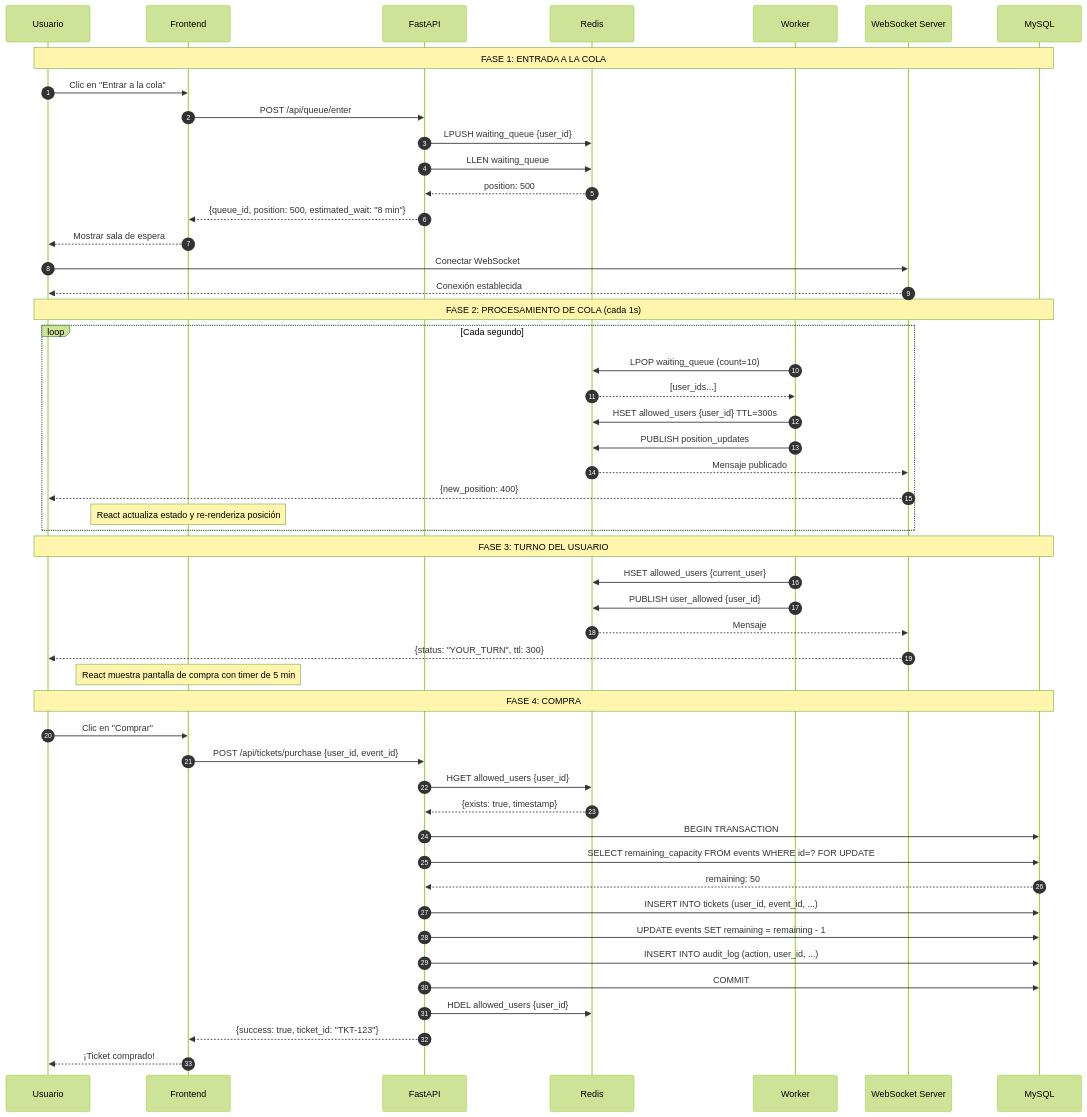
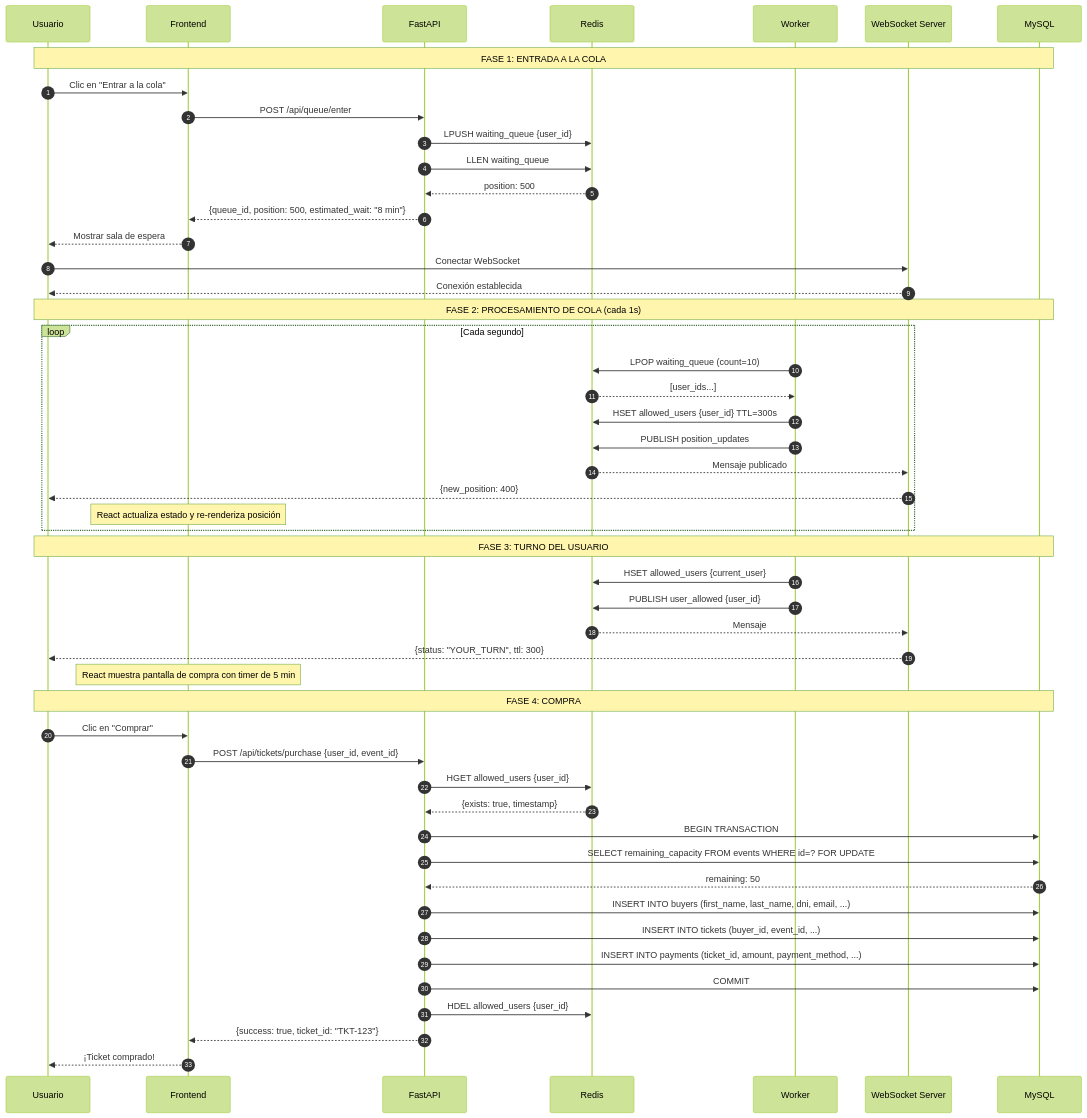
Before and after one commit to paumf23/TicketStream_Fila-Virtual: the first of 4 diagrams in docs/diagrams/sequence-queue-flow.md, drawn with Mermaid (forest theme). The commit also changed other lines of this file and 53 other files, not shown here.

````diff
--- a/docs/diagrams/sequence-queue-flow.md
+++ b/docs/diagrams/sequence-queue-flow.md
@@ -10,60 +10,61 @@
 ```mermaid
 sequenceDiagram
     autonumber
     participant U as Usuario
     participant F as Frontend
     participant API as FastAPI
     participant R as Redis
     participant W as Worker
     participant WS as WebSocket Server
     participant DB as MySQL
 
     Note over U,DB: FASE 1: ENTRADA A LA COLA
     
     U->>F: Clic en "Entrar a la cola"
     F->>API: POST /api/queue/enter
     API->>R: LPUSH waiting_queue {user_id}
     API->>R: LLEN waiting_queue
     R-->>API: position: 500
     API-->>F: {queue_id, position: 500, estimated_wait: "8 min"}
     F-->>U: Mostrar sala de espera
     U->>WS: Conectar WebSocket
     WS-->>U: Conexión establecida
 
     Note over U,DB: FASE 2: PROCESAMIENTO DE COLA (cada 1s)
     
     loop Cada segundo
         W->>R: LPOP waiting_queue (count=10)
         R-->>W: [user_ids...]
         W->>R: HSET allowed_users {user_id} TTL=300s
         W->>R: PUBLISH position_updates
         R-->>WS: Mensaje publicado
         WS-->>U: {new_position: 400}
         Note over F: React actualiza estado y re-renderiza posición
     end
 
     Note over U,DB: FASE 3: TURNO DEL USUARIO
     
     W->>R: HSET allowed_users {current_user}
     W->>R: PUBLISH user_allowed {user_id}
     R-->>WS: Mensaje
     WS-->>U: {status: "YOUR_TURN", ttl: 300}
     Note over F: React muestra pantalla de compra con timer de 5 min
 
     Note over U,DB: FASE 4: COMPRA
     
     U->>F: Clic en "Comprar"
     F->>API: POST /api/tickets/purchase {user_id, event_id}
     API->>R: HGET allowed_users {user_id}
     R-->>API: {exists: true, timestamp}
     API->>DB: BEGIN TRANSACTION
     API->>DB: SELECT remaining_capacity FROM events WHERE id=? FOR UPDATE
     DB-->>API: remaining: 50
-    API->>DB: INSERT INTO tickets (user_id, event_id, ...)
-    API->>DB: UPDATE events SET remaining = remaining - 1
-    API->>DB: INSERT INTO audit_log (action, user_id, ...)
+    API->>DB: INSERT INTO buyers (first_name, last_name, dni, email, ...)
+    API->>DB: INSERT INTO tickets (buyer_id, event_id, ...)
+    API->>DB: INSERT INTO payments (ticket_id, amount, payment_method, ...)
+
     API->>DB: COMMIT
     API->>R: HDEL allowed_users {user_id}
     API-->>F: {success: true, ticket_id: "TKT-123"}
     F-->>U: ¡Ticket comprado!
 ```
````
